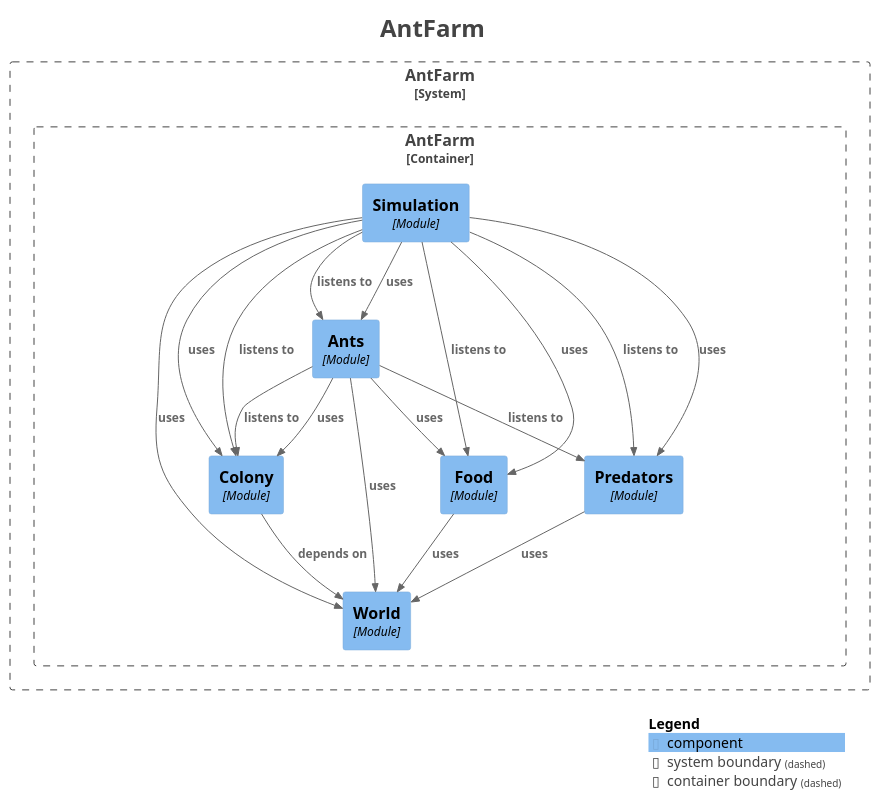
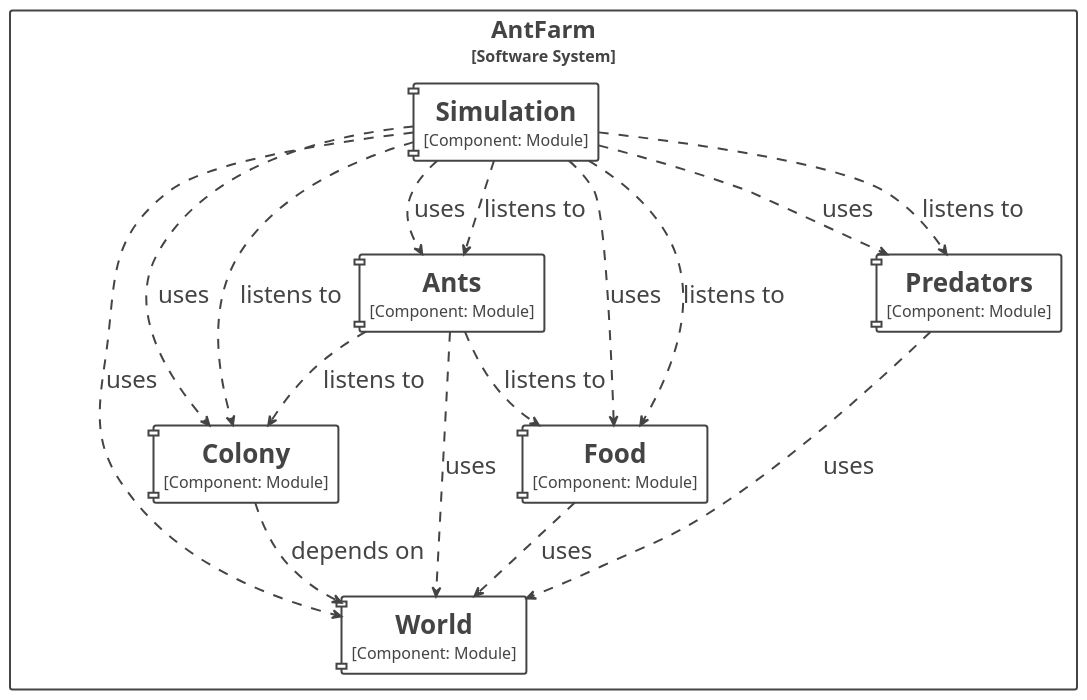
Before and after one commit to BlockCat/ddd-ants: the diagram in src/main/resources/static/docs/components.puml, drawn with PlantUML. The commit also changed 57 other files, not shown here.

```diff
--- a/src/main/resources/static/docs/components.puml
+++ b/src/main/resources/static/docs/components.puml
@@ -1,50 +1,74 @@
 @startuml
-title <size:24>AntFarm</size>
 
 set separator none
 top to bottom direction
+hide stereotype
+
+skinparam {
+  componentStyle uml1
+}
 
 <style>
   root {
-    BackgroundColor: #ffffff
-    FontColor: #444444
+    BackgroundColor: #ffffff;
+    FontColor: #444444;
+  }
+  // Element,Component
+  .Element-RWxlbWVudCxDb21wb25lbnQ= {
+    BackgroundColor: #ffffff;
+    LineColor: #444444;
+    LineStyle: 0;
+    LineThickness: 2;
+    FontColor: #444444;
+    FontSize: 24;
+    HorizontalAlignment: center;
+    Shadowing: 0;
+    MaximumWidth: 450;
+  }
+  // Relationship
+  .Relationship-UmVsYXRpb25zaGlw {
+    LineThickness: 2;
+    LineStyle: 10-10;
+    LineColor: #444444;
+    FontColor: #444444;
+    FontSize: 24;
+  }
+  // AntFarm
+  .Boundary-QW50RmFybQ== {
+    BackgroundColor: #ffffff;
+    LineColor: #444444;
+    LineStyle: 0;
+    LineThickness: 2;
+    FontColor: #444444;
+    FontSize: 24;
+    HorizontalAlignment: center;
+    Shadowing: 0;
   }
 </style>
 
-!include <C4/C4>
-!include <C4/C4_Context>
-!include <C4/C4_Component>
-
-System_Boundary("AntFarm_boundary", "AntFarm", $tags="") {
-  Container_Boundary("AntFarm.AntFarm_boundary", "AntFarm", $tags="") {
-    Component(AntFarm.AntFarm.World, "World", $techn="Module", $descr="", $tags="", $link="")
-    Component(AntFarm.AntFarm.Colony, "Colony", $techn="Module", $descr="", $tags="", $link="")
-    Component(AntFarm.AntFarm.Food, "Food", $techn="Module", $descr="", $tags="", $link="")
-    Component(AntFarm.AntFarm.Predators, "Predators", $techn="Module", $descr="", $tags="", $link="")
-    Component(AntFarm.AntFarm.Ants, "Ants", $techn="Module", $descr="", $tags="", $link="")
-    Component(AntFarm.AntFarm.Simulation, "Simulation", $techn="Module", $descr="", $tags="", $link="")
-  }
-
+rectangle "AntFarm\n<size:16>[Software System]</size>" <<Boundary-QW50RmFybQ==>> {
+  component "==World\n<size:16>[Component: Module]</size>" <<Element-RWxlbWVudCxDb21wb25lbnQ=>> as AntFarm.AntFarm.World
+  component "==Colony\n<size:16>[Component: Module]</size>" <<Element-RWxlbWVudCxDb21wb25lbnQ=>> as AntFarm.AntFarm.Colony
+  component "==Food\n<size:16>[Component: Module]</size>" <<Element-RWxlbWVudCxDb21wb25lbnQ=>> as AntFarm.AntFarm.Food
+  component "==Predators\n<size:16>[Component: Module]</size>" <<Element-RWxlbWVudCxDb21wb25lbnQ=>> as AntFarm.AntFarm.Predators
+  component "==Ants\n<size:16>[Component: Module]</size>" <<Element-RWxlbWVudCxDb21wb25lbnQ=>> as AntFarm.AntFarm.Ants
+  component "==Simulation\n<size:16>[Component: Module]</size>" <<Element-RWxlbWVudCxDb21wb25lbnQ=>> as AntFarm.AntFarm.Simulation
 }
 
-Rel(AntFarm.AntFarm.Predators, AntFarm.AntFarm.World, "uses", $techn="", $tags="", $link="")
-Rel(AntFarm.AntFarm.Food, AntFarm.AntFarm.World, "uses", $techn="", $tags="", $link="")
-Rel(AntFarm.AntFarm.Simulation, AntFarm.AntFarm.Colony, "listens to", $techn="", $tags="", $link="")
-Rel(AntFarm.AntFarm.Simulation, AntFarm.AntFarm.Food, "listens to", $techn="", $tags="", $link="")
-Rel(AntFarm.AntFarm.Simulation, AntFarm.AntFarm.Ants, "listens to", $techn="", $tags="", $link="")
-Rel(AntFarm.AntFarm.Simulation, AntFarm.AntFarm.Predators, "listens to", $techn="", $tags="", $link="")
-Rel(AntFarm.AntFarm.Simulation, AntFarm.AntFarm.World, "uses", $techn="", $tags="", $link="")
-Rel(AntFarm.AntFarm.Simulation, AntFarm.AntFarm.Colony, "uses", $techn="", $tags="", $link="")
-Rel(AntFarm.AntFarm.Simulation, AntFarm.AntFarm.Ants, "uses", $techn="", $tags="", $link="")
-Rel(AntFarm.AntFarm.Simulation, AntFarm.AntFarm.Food, "uses", $techn="", $tags="", $link="")
-Rel(AntFarm.AntFarm.Simulation, AntFarm.AntFarm.Predators, "uses", $techn="", $tags="", $link="")
-Rel(AntFarm.AntFarm.Ants, AntFarm.AntFarm.Colony, "listens to", $techn="", $tags="", $link="")
-Rel(AntFarm.AntFarm.Ants, AntFarm.AntFarm.Predators, "listens to", $techn="", $tags="", $link="")
-Rel(AntFarm.AntFarm.Ants, AntFarm.AntFarm.World, "uses", $techn="", $tags="", $link="")
-Rel(AntFarm.AntFarm.Ants, AntFarm.AntFarm.Colony, "uses", $techn="", $tags="", $link="")
-Rel(AntFarm.AntFarm.Ants, AntFarm.AntFarm.Food, "uses", $techn="", $tags="", $link="")
-Rel(AntFarm.AntFarm.Colony, AntFarm.AntFarm.World, "depends on", $techn="", $tags="", $link="")
+AntFarm.AntFarm.Predators --> AntFarm.AntFarm.World <<Relationship-UmVsYXRpb25zaGlw>> : "uses"
+AntFarm.AntFarm.Food --> AntFarm.AntFarm.World <<Relationship-UmVsYXRpb25zaGlw>> : "uses"
+AntFarm.AntFarm.Ants --> AntFarm.AntFarm.Food <<Relationship-UmVsYXRpb25zaGlw>> : "listens to"
+AntFarm.AntFarm.Ants --> AntFarm.AntFarm.Colony <<Relationship-UmVsYXRpb25zaGlw>> : "listens to"
+AntFarm.AntFarm.Ants --> AntFarm.AntFarm.World <<Relationship-UmVsYXRpb25zaGlw>> : "uses"
+AntFarm.AntFarm.Simulation --> AntFarm.AntFarm.Predators <<Relationship-UmVsYXRpb25zaGlw>> : "listens to"
+AntFarm.AntFarm.Simulation --> AntFarm.AntFarm.Colony <<Relationship-UmVsYXRpb25zaGlw>> : "listens to"
+AntFarm.AntFarm.Simulation --> AntFarm.AntFarm.Food <<Relationship-UmVsYXRpb25zaGlw>> : "listens to"
+AntFarm.AntFarm.Simulation --> AntFarm.AntFarm.Ants <<Relationship-UmVsYXRpb25zaGlw>> : "listens to"
+AntFarm.AntFarm.Simulation --> AntFarm.AntFarm.World <<Relationship-UmVsYXRpb25zaGlw>> : "uses"
+AntFarm.AntFarm.Simulation --> AntFarm.AntFarm.Colony <<Relationship-UmVsYXRpb25zaGlw>> : "uses"
+AntFarm.AntFarm.Simulation --> AntFarm.AntFarm.Ants <<Relationship-UmVsYXRpb25zaGlw>> : "uses"
+AntFarm.AntFarm.Simulation --> AntFarm.AntFarm.Food <<Relationship-UmVsYXRpb25zaGlw>> : "uses"
+AntFarm.AntFarm.Simulation --> AntFarm.AntFarm.Predators <<Relationship-UmVsYXRpb25zaGlw>> : "uses"
+AntFarm.AntFarm.Colony --> AntFarm.AntFarm.World <<Relationship-UmVsYXRpb25zaGlw>> : "depends on"
 
-SHOW_LEGEND(true)
-hide stereotypes
 @enduml
```
